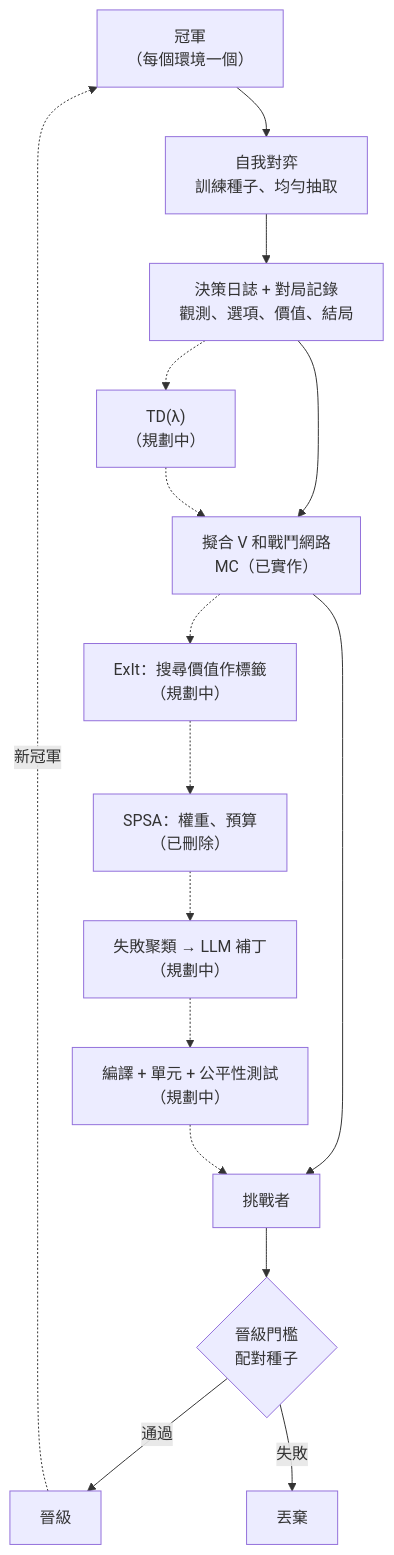
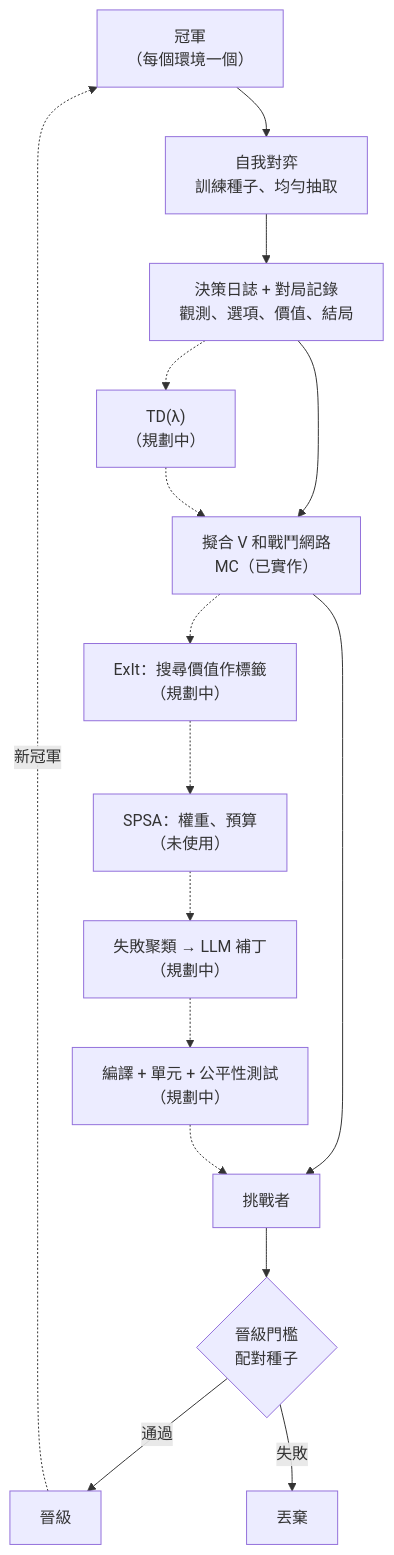
The diagram in docs/src/content/docs/zh-tw/arch/learning/loop.mdx (shinnku-nikaidou/spire-zero), drawn with Mermaid before and after one commit. The commit also changed other lines of this file and 119 other files, not shown here.

````diff
--- a/docs/src/content/docs/zh-tw/arch/learning/loop.mdx
+++ b/docs/src/content/docs/zh-tw/arch/learning/loop.mdx
@@ -21,18 +21,18 @@
 ```mermaid
 flowchart TD
   C["冠軍<br/>（每個環境一個）"] --> SP["自我對弈<br/>訓練種子、均勻抽取"]
   SP --> L["決策日誌 + 對局記錄<br/>觀測、選項、價值、結局"]
   L --> F["擬合 V 和戰鬥網路<br/>MC（已實作）"]
   L -.-> TD["TD(λ)<br/>（規劃中）"]
   TD -.-> F
   F -.-> X["ExIt：搜尋價值作標籤<br/>（規劃中）"]
-  X -.-> T["SPSA：權重、預算<br/>（已刪除）"]
+  X -.-> T["SPSA：權重、預算<br/>（未使用）"]
   T -.-> FC["失敗聚類 → LLM 補丁<br/>（規劃中）"]
   FC -.-> CT["編譯 + 單元 + 公平性測試<br/>（規劃中）"]
   F --> CH["挑戰者"]
   CT -.-> CH
   CH --> G{"晉級門檻<br/>配對種子"}
   G -->|通過| PR["晉級"]
   G -->|失敗| D["丟棄"]
   PR -.->|"新冠軍"| C
 ```
````
